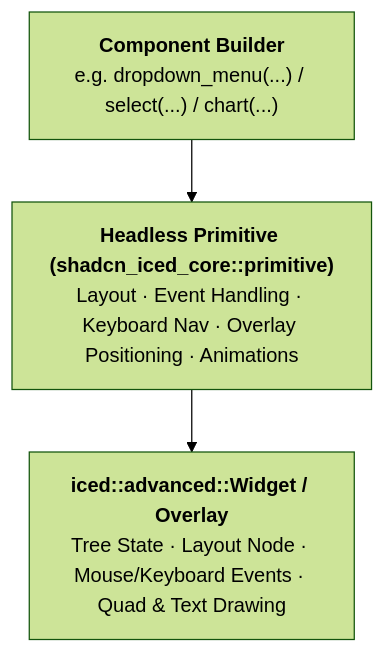
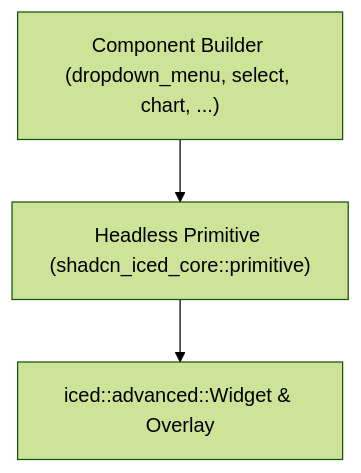
The fourth of 5 diagrams in docs/architecture.md (r4ai/shadcn-iced), drawn with Mermaid (forest theme) before and after one commit. The commit also changed other lines of this file and 13 other files, not shown here.

Commit message:
docs: unify screenshots in dark mode, fix mermaid diagrams, and refine list/table formatting

````diff
--- a/docs/architecture.md
+++ b/docs/architecture.md
@@ -144,9 +155,9 @@
 ```mermaid
 flowchart TD
-    Builder["<b>Component Builder</b><br/>e.g. dropdown_menu(...) / select(...) / chart(...)"]
-    Primitive["<b>Headless Primitive (shadcn_iced_core::primitive)</b><br/>Layout · Event Handling · Keyboard Nav · Overlay Positioning · Animations"]
-    IcedWidget["<b>iced::advanced::Widget / Overlay</b><br/>Tree State · Layout Node · Mouse/Keyboard Events · Quad &amp; Text Drawing"]
+    Builder["Component Builder (dropdown_menu, select, chart, ...)"]
+    Primitive["Headless Primitive (shadcn_iced_core::primitive)"]
+    IcedWidget["iced::advanced::Widget & Overlay"]
 
     Builder --> Primitive
     Primitive --> IcedWidget
 ```
````
